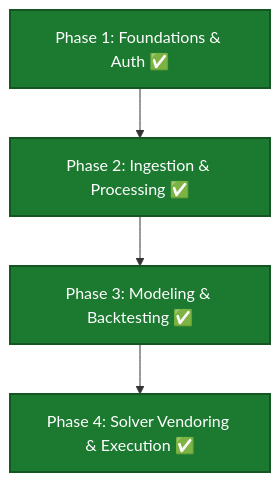
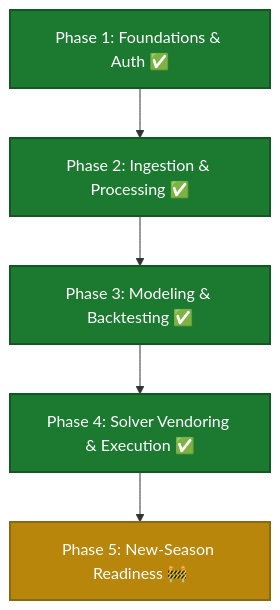
Before and after one commit to JubileeZ/FPL-Jubilee-Ascent: the diagram in ROADMAP.md, drawn with Mermaid. The commit also changed other lines of this file and 16 other files, not shown here.

Commit message:
docs: expand CONTEXT.md with detailed definitions for new scoring components, update ROADMAP.md to reflect active phase, and enhance issue-tracking documentation; refactor commands to configure UTF-8 for Windows compatibility

````diff
--- a/ROADMAP.md
+++ b/ROADMAP.md
@@ -20,11 +20,12 @@
 ```mermaid
 flowchart TD
     P1["Phase 1: Foundations & Auth ✅"] --> P2["Phase 2: Ingestion & Processing ✅"]
     P2 --> P3["Phase 3: Modeling & Backtesting ✅"]
     P3 --> P4["Phase 4: Solver Vendoring & Execution ✅"]
-
+    P4 --> P5["Phase 5: New-Season Readiness 🚧"]
     style P1 fill:#1c7a30,stroke:#155724,stroke-width:2px,color:#fff
     style P2 fill:#1c7a30,stroke:#155724,stroke-width:2px,color:#fff
     style P3 fill:#1c7a30,stroke:#155724,stroke-width:2px,color:#fff
     style P4 fill:#1c7a30,stroke:#155724,stroke-width:2px,color:#fff
+    style P5 fill:#b8860b,stroke:#8b6914,stroke-width:2px,color:#fff
 ```
````
